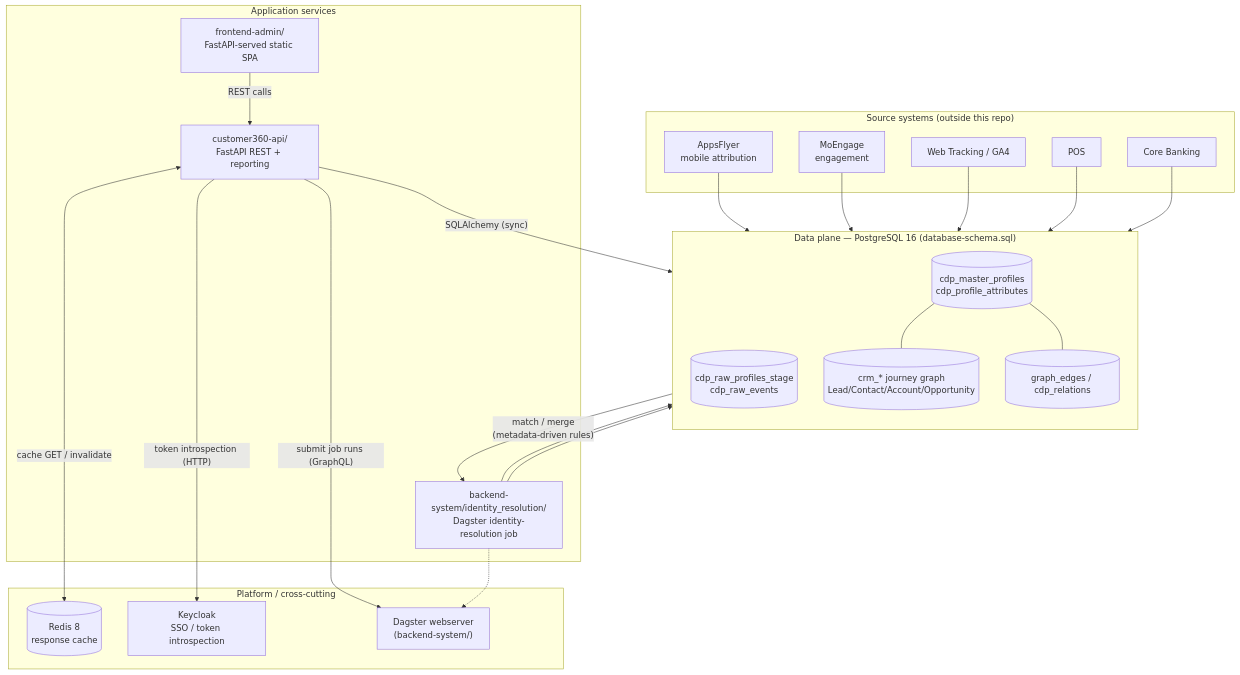
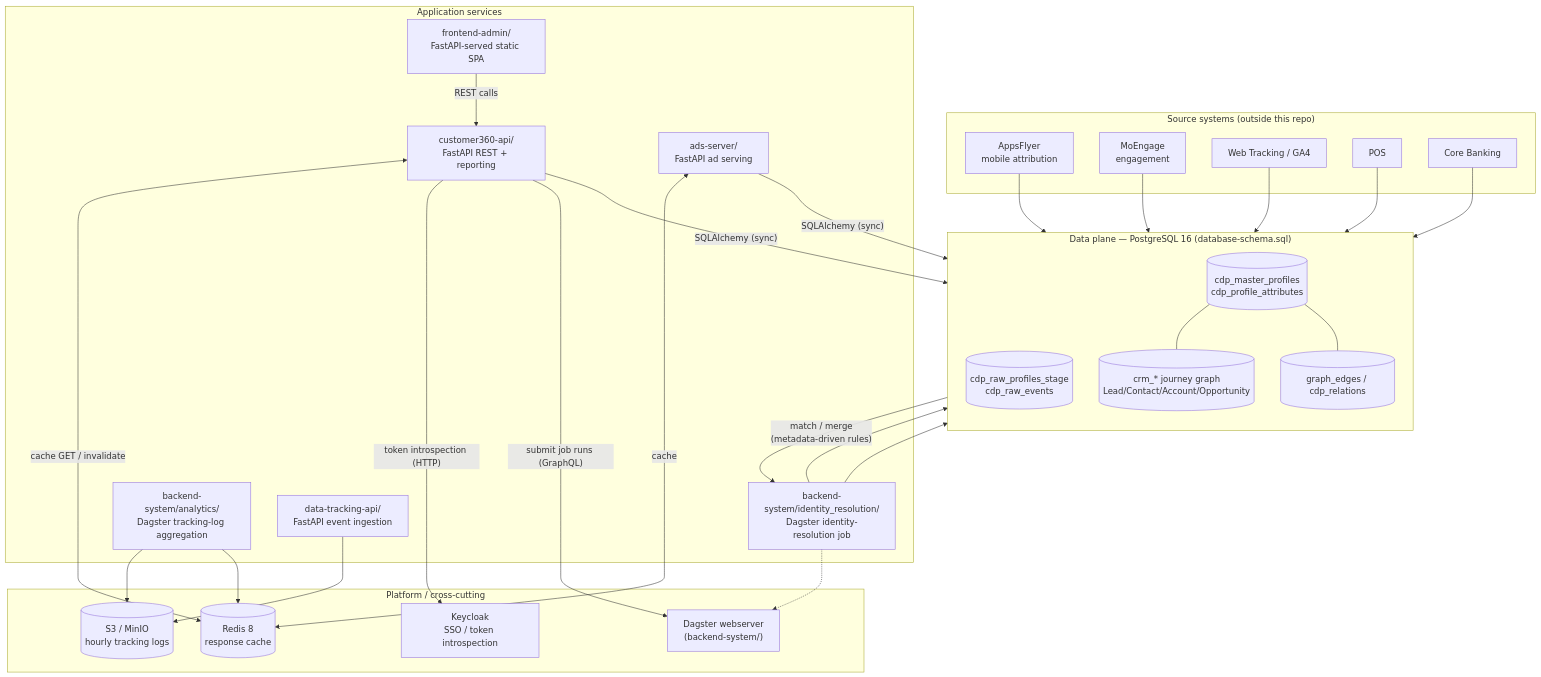
Before and after one commit to LEO-CDP/leo-customer360: the diagram in docs/TECHNICAL-DOCUMENTATION.md, drawn with Mermaid. The commit also changed other lines of this file, not shown here.

````diff
--- a/docs/TECHNICAL-DOCUMENTATION.md
+++ b/docs/TECHNICAL-DOCUMENTATION.md
@@ -49,50 +49,59 @@
 ```mermaid
 flowchart TB
     subgraph SOURCES["Source systems (outside this repo)"]
         AF[AppsFlyer\nmobile attribution]
         ME[MoEngage\nengagement]
         WT[Web Tracking / GA4]
         POS[POS]
         CB[Core Banking]
     end
 
     subgraph DATA["Data plane — PostgreSQL 16 (database-schema.sql)"]
         direction TB
         RAW[(cdp_raw_profiles_stage\ncdp_raw_events)]
         MASTER[(cdp_master_profiles\ncdp_profile_attributes)]
         CRM[(crm_* journey graph\nLead/Contact/Account/Opportunity)]
         GRAPH[(graph_edges / cdp_relations)]
     end
 
     subgraph SERVICES["Application services"]
         CIR["backend-system/identity_resolution/\nDagster identity-resolution job"]
+        ANALYTICS["backend-system/analytics/\nDagster tracking-log aggregation"]
         API["customer360-api/\nFastAPI REST + reporting"]
+        TRACK["data-tracking-api/\nFastAPI event ingestion"]
+        ADS["ads-server/\nFastAPI ad serving"]
         UI["frontend-admin/\nFastAPI-served static SPA"]
     end
 
     subgraph PLATFORM["Platform / cross-cutting"]
         REDIS[(Redis 8\nresponse cache)]
         KC[Keycloak\nSSO / token introspection]
         DAGSTER["Dagster webserver\n(backend-system/)"]
+        OBJECTS[(S3 / MinIO\nhourly tracking logs)]
     end
 
     AF --> RAW
     ME --> RAW
     WT --> RAW
     POS --> RAW
     CB --> RAW
 
     RAW -- "match / merge\n(metadata-driven rules)" --> CIR
     CIR --> MASTER
     CIR --> RAW
 
     MASTER --- CRM
     MASTER --- GRAPH
 
     API -- "SQLAlchemy (sync)" --> DATA
     API <-- "cache GET / invalidate" --> REDIS
     API -- "token introspection (HTTP)" --> KC
     API -- "submit job runs (GraphQL)" --> DAGSTER
     CIR -.-> DAGSTER
+    TRACK --> OBJECTS
+    ANALYTICS --> OBJECTS
+    ANALYTICS --> REDIS
+    ADS -- "SQLAlchemy (sync)" --> DATA
+    ADS <-- "cache" --> REDIS
     UI -- "REST calls" --> API
 ```
````
